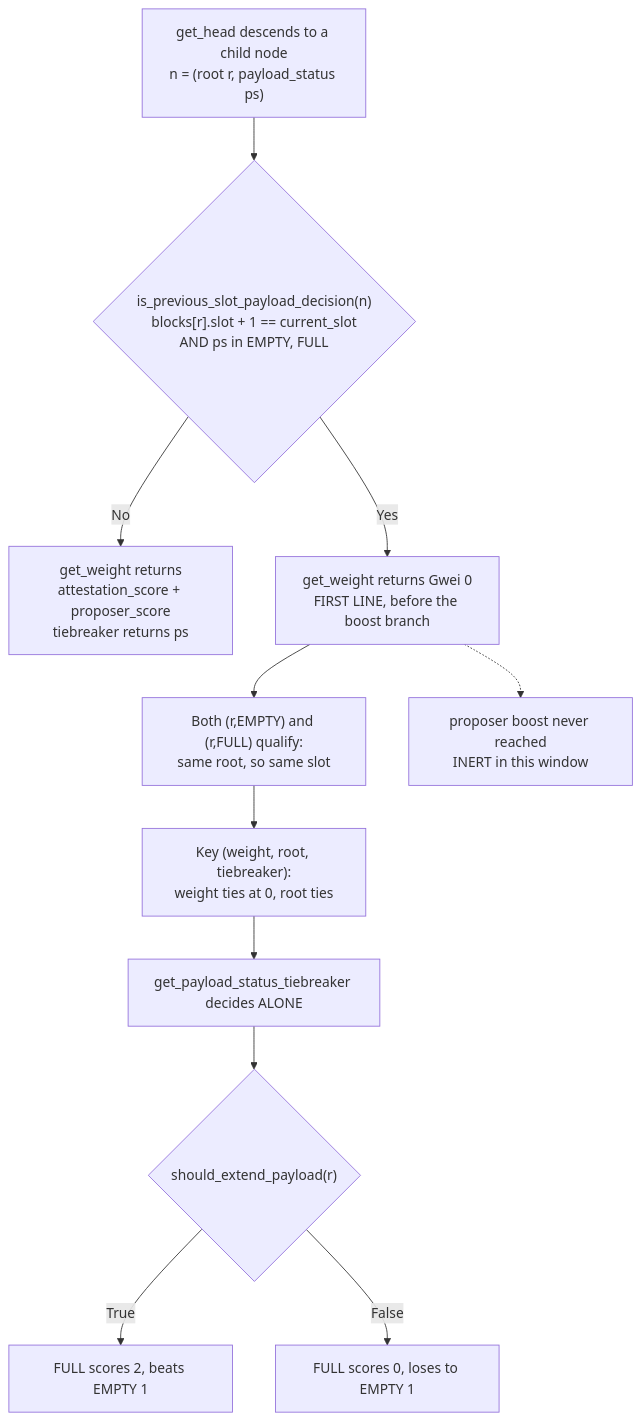
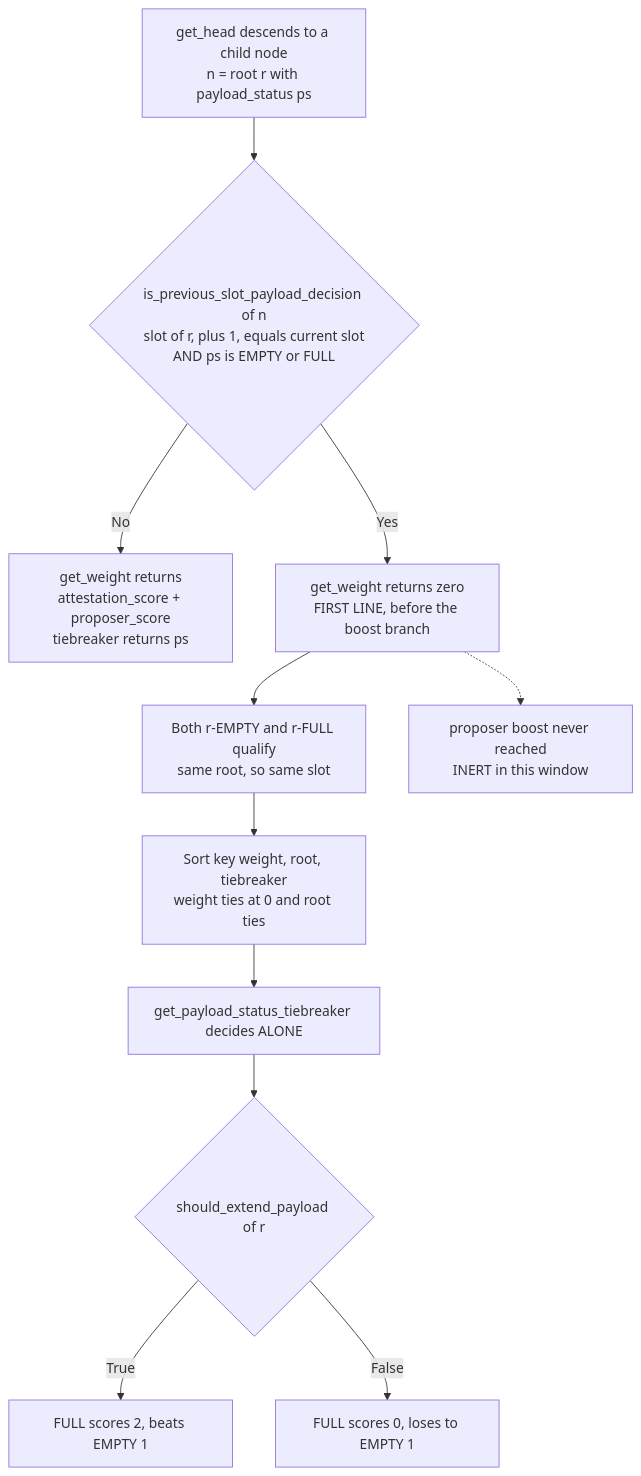
One commit to ss1738/epbs-formal changed the diagram in PTC_TIEBREAK_NOTE.md. Above: the diagram before and after it, drawn with Mermaid.

Commit message:
Diagram: strip brackets and parens from Mermaid labels
Nested square brackets inside a quoted label (blocks[r].slot) can break some
Mermaid parsers even though the quoting is technically correct. Rewrote all
labels in prose so no bracket or paren appears inside any of them. The document
exists to be read by someone else, so a rendering gamble is not worth taking.

````diff
--- a/PTC_TIEBREAK_NOTE.md
+++ b/PTC_TIEBREAK_NOTE.md
@@ -24,13 +24,13 @@
 ```mermaid
 graph TD
-    A["get_head descends to a child node<br/>n = (root r, payload_status ps)"] --> B{"is_previous_slot_payload_decision(n)<br/>blocks[r].slot + 1 == current_slot<br/>AND ps in EMPTY, FULL"}
+    A["get_head descends to a child node<br/>n = root r with payload_status ps"] --> B{"is_previous_slot_payload_decision of n<br/>slot of r, plus 1, equals current slot<br/>AND ps is EMPTY or FULL"}
     B -- No --> C["get_weight returns<br/>attestation_score + proposer_score<br/>tiebreaker returns ps"]
-    B -- Yes --> D["get_weight returns Gwei 0<br/>FIRST LINE, before the boost branch"]
-    D --> E["Both (r,EMPTY) and (r,FULL) qualify:<br/>same root, so same slot"]
-    E --> F["Key (weight, root, tiebreaker):<br/>weight ties at 0, root ties"]
+    B -- Yes --> D["get_weight returns zero<br/>FIRST LINE, before the boost branch"]
+    D --> E["Both r-EMPTY and r-FULL qualify<br/>same root, so same slot"]
+    E --> F["Sort key weight, root, tiebreaker<br/>weight ties at 0 and root ties"]
     F --> G["get_payload_status_tiebreaker decides ALONE"]
-    G --> H{"should_extend_payload(r)"}
+    G --> H{"should_extend_payload of r"}
     H -- True --> I["FULL scores 2, beats EMPTY 1"]
     H -- False --> J["FULL scores 0, loses to EMPTY 1"]
     D -.-> K["proposer boost never reached<br/>INERT in this window"]
 ```
````
